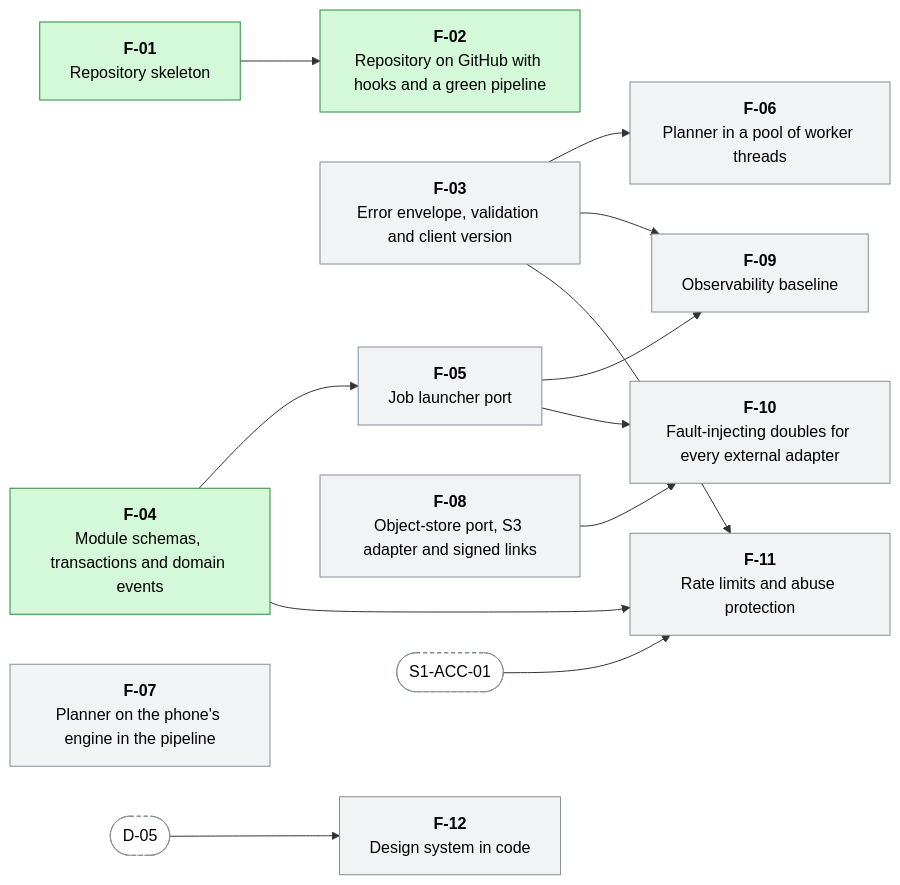
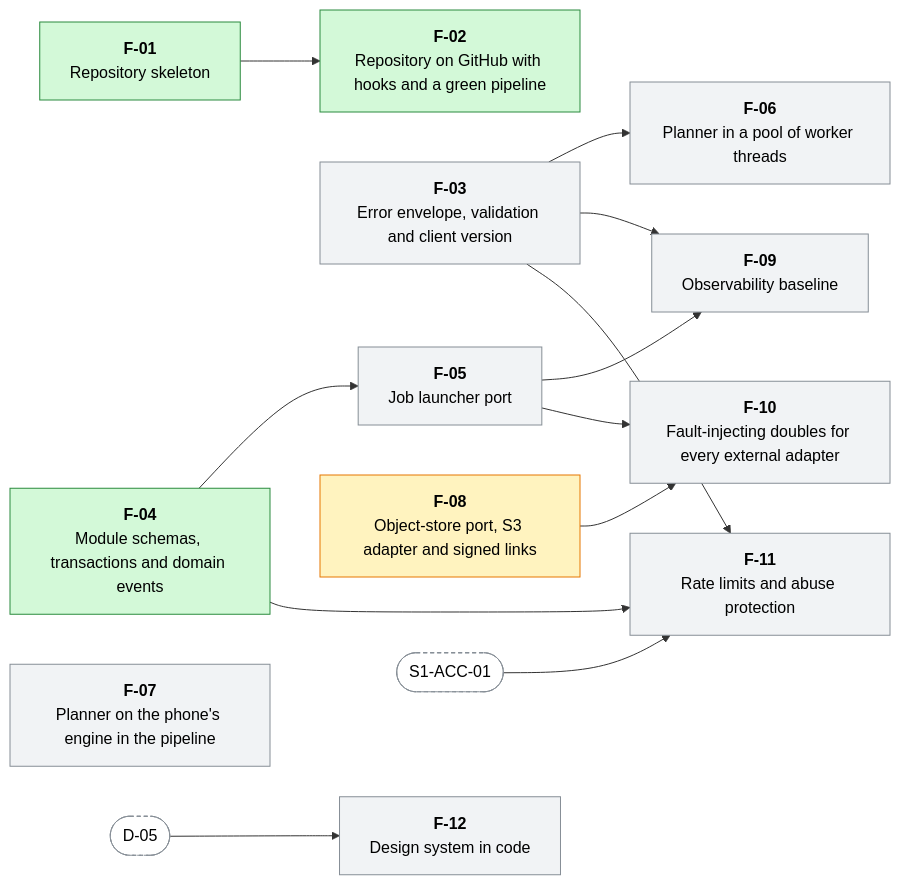
One commit to menisika/Smart-Tour-Guide-and-Itinerary-Planner changed the third of 17 diagrams in docs/WORK-PLAN.md. Above: the diagram before and after it, drawn with Mermaid. The commit also changed other lines of this file, not shown here.

First line of the commit message:
docs(docs): claim the object store package

````diff
--- a/docs/WORK-PLAN.md
+++ b/docs/WORK-PLAN.md
@@ -534,33 +534,33 @@
 ```mermaid
 flowchart LR
   classDef done fill:#d3f9d8,stroke:#2b8a3e,color:#000
   classDef progress fill:#fff3bf,stroke:#e67700,color:#000
   classDef blocked fill:#ffe3e3,stroke:#c92a2a,color:#000
   classDef todo fill:#f1f3f5,stroke:#868e96,color:#000
   classDef outside fill:#ffffff,stroke:#868e96,stroke-dasharray:4 3,color:#000
   F_01["<b>F-01</b><br/>Repository skeleton"]:::done
   F_02["<b>F-02</b><br/>Repository on GitHub with hooks and a green pipeline"]:::done
   F_03["<b>F-03</b><br/>Error envelope, validation and client version"]:::todo
   F_04["<b>F-04</b><br/>Module schemas, transactions and domain events"]:::done
   F_05["<b>F-05</b><br/>Job launcher port"]:::todo
   F_06["<b>F-06</b><br/>Planner in a pool of worker threads"]:::todo
   F_07["<b>F-07</b><br/>Planner on the phone's engine in the pipeline"]:::todo
-  F_08["<b>F-08</b><br/>Object-store port, S3 adapter and signed links"]:::todo
+  F_08["<b>F-08</b><br/>Object-store port, S3 adapter and signed links"]:::progress
   F_09["<b>F-09</b><br/>Observability baseline"]:::todo
   F_10["<b>F-10</b><br/>Fault-injecting doubles for every external adapter"]:::todo
   F_11["<b>F-11</b><br/>Rate limits and abuse protection"]:::todo
   F_12["<b>F-12</b><br/>Design system in code"]:::todo
   D_05(["D-05"]):::outside
   S1_ACC_01(["S1-ACC-01"]):::outside
   F_01 --> F_02
   F_04 --> F_05
   F_03 --> F_06
   F_03 --> F_09
   F_05 --> F_09
   F_08 --> F_10
   F_05 --> F_10
   F_03 --> F_11
   F_04 --> F_11
   S1_ACC_01 --> F_11
   D_05 --> F_12
 ```
````
